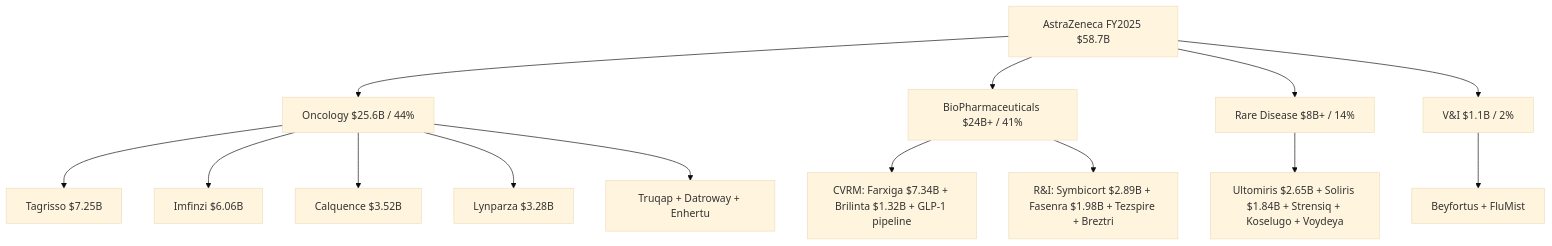
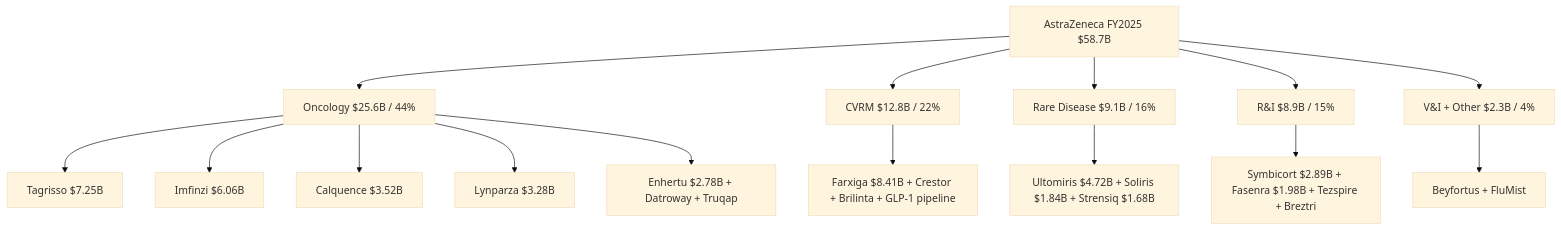
Before and after one commit to dadachundan/financial_agent: the second of 2 diagrams in reports/company/Astrazeneca_NYSE_AZN/Astrazeneca_NYSE_AZN_公司研究.md, drawn with Mermaid (base theme). The commit also changed other lines of this file and 9 other files, not shown here.

First line of the commit message:
feat(company-research): refresh AstraZeneca (AZN) to current spec — decision layer + full chart suite

````diff
--- a/reports/company/Astrazeneca_NYSE_AZN/Astrazeneca_NYSE_AZN_公司研究.md
+++ b/reports/company/Astrazeneca_NYSE_AZN/Astrazeneca_NYSE_AZN_公司研究.md
@@ -121,17 +577,18 @@
 ```mermaid
 graph TD
     AZN[AstraZeneca FY2025 $58.7B]
     AZN --> ONC[Oncology $25.6B / 44%]
-    AZN --> BIO[BioPharmaceuticals $24B+ / 41%]
-    AZN --> RD[Rare Disease $8B+ / 14%]
-    AZN --> VI[V&I $1.1B / 2%]
+    AZN --> CVRM[CVRM $12.8B / 22%]
+    AZN --> RD[Rare Disease $9.1B / 16%]
+    AZN --> RI[R&I $8.9B / 15%]
+    AZN --> VI[V&I + Other $2.3B / 4%]
     ONC --> ONC1[Tagrisso $7.25B]
     ONC --> ONC2[Imfinzi $6.06B]
     ONC --> ONC3[Calquence $3.52B]
     ONC --> ONC4[Lynparza $3.28B]
-    ONC --> ONC5[Truqap + Datroway + Enhertu]
-    BIO --> CVRM[CVRM: Farxiga $7.34B + Brilinta $1.32B + GLP-1 pipeline]
-    BIO --> RI[R&I: Symbicort $2.89B + Fasenra $1.98B + Tezspire + Breztri]
-    RD --> RD1[Ultomiris $2.65B + Soliris $1.84B + Strensiq + Koselugo + Voydeya]
+    ONC --> ONC5[Enhertu $2.78B + Datroway + Truqap]
+    CVRM --> CV1[Farxiga $8.41B + Crestor + Brilinta + GLP-1 pipeline]
+    RD --> RD1[Ultomiris $4.72B + Soliris $1.84B + Strensiq $1.68B]
+    RI --> RI1[Symbicort $2.89B + Fasenra $1.98B + Tezspire + Breztri]
     VI --> VI1[Beyfortus + FluMist]
 ```
````
